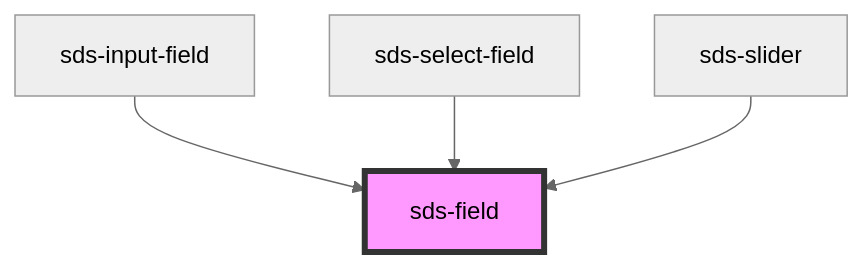
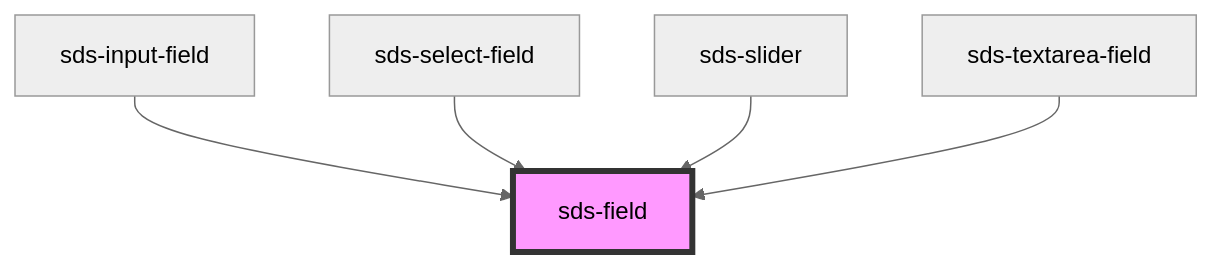
The diagram in packages/sds-web-components/src/ui/primitives/fieldset/sds-field/readme.md (chodgesfigma/sds-mono), drawn with Mermaid (neutral theme) before and after one commit. The commit also changed other lines of this file and 3 other files, not shown here.

````diff
--- a/packages/sds-web-components/src/ui/primitives/fieldset/sds-field/readme.md
+++ b/packages/sds-web-components/src/ui/primitives/fieldset/sds-field/readme.md
@@ -26,7 +27,8 @@
 ```mermaid
 graph TD;
   sds-input-field --> sds-field
   sds-select-field --> sds-field
   sds-slider --> sds-field
+  sds-textarea-field --> sds-field
   style sds-field fill:#f9f,stroke:#333,stroke-width:4px
 ```
````
